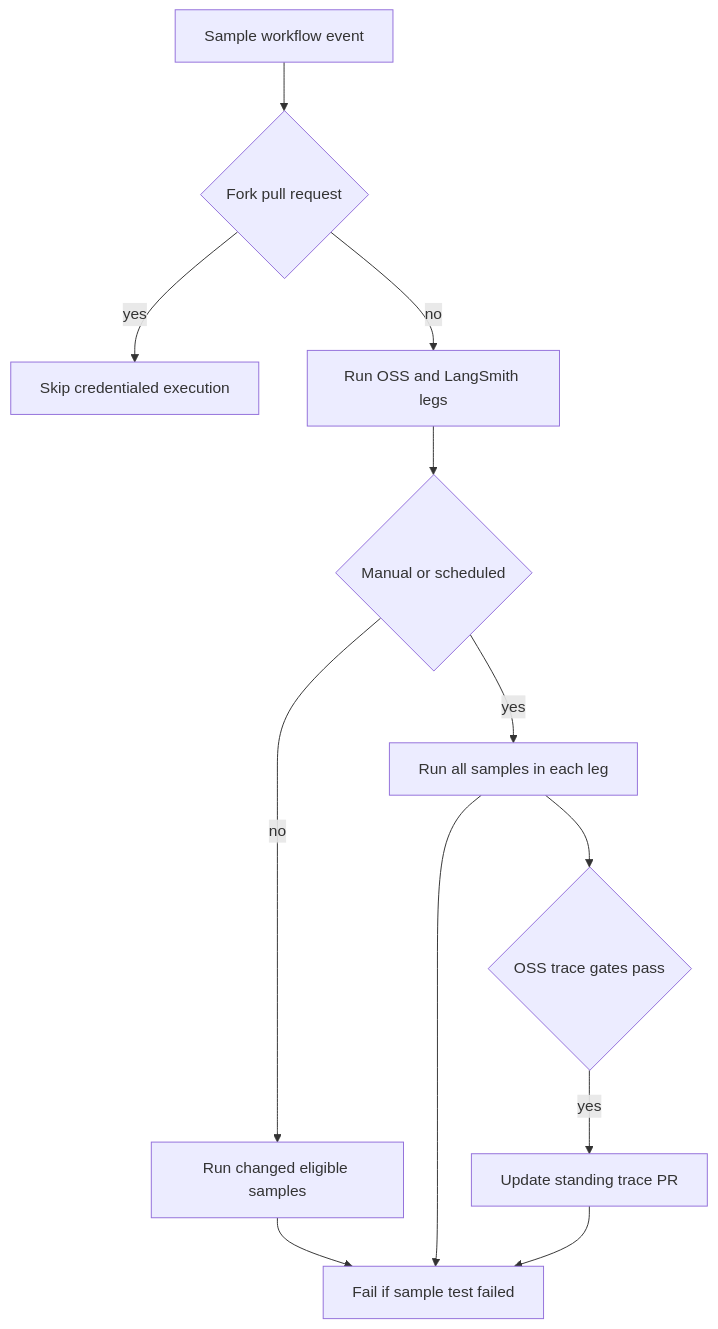
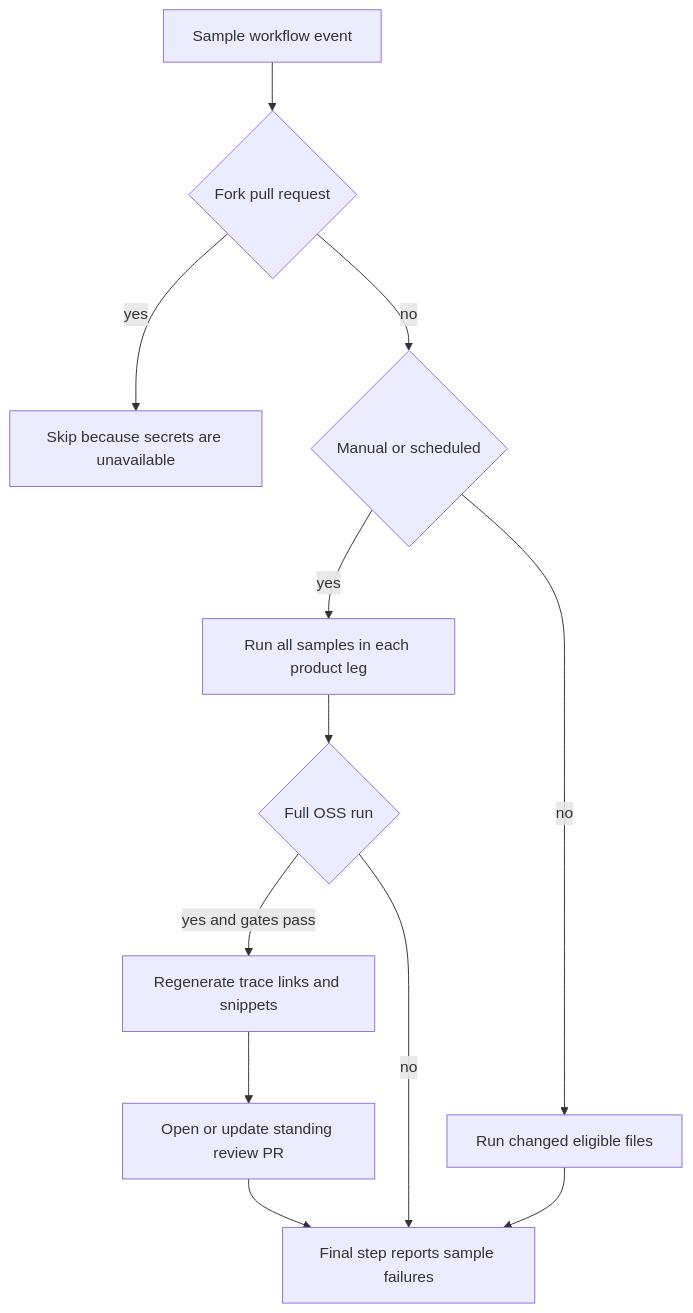
The second of 3 diagrams in openwiki/integrations/github-actions.md (langchain-ai/docs), drawn with Mermaid before and after one commit. The commit also changed other lines of this file and 42 other files, not shown here.

````diff
--- a/openwiki/integrations/github-actions.md
+++ b/openwiki/integrations/github-actions.md
@@ -123,14 +88,14 @@
 ```mermaid
 flowchart TD
   Event["Sample workflow event"] --> Fork{"Fork pull request"}
-  Fork -->|"yes"| Skip["Skip credentialed execution"]
-  Fork -->|"no"| Legs["Run OSS and LangSmith legs"]
-  Legs --> Scope{"Manual or scheduled"}
-  Scope -->|"no"| Diff["Run changed eligible samples"]
-  Scope -->|"yes"| All["Run all samples in each leg"]
-  All --> Gate{"OSS trace gates pass"}
-  Gate -->|"yes"| TracePr["Update standing trace PR"]
-  Diff --> Result["Fail if sample test failed"]
-  All --> Result
-  TracePr --> Result
+  Fork -->|"yes"| Skip["Skip because secrets are unavailable"]
+  Fork -->|"no"| Scope{"Manual or scheduled"}
+  Scope -->|"yes"| All["Run all samples in each product leg"]
+  Scope -->|"no"| Diff["Run changed eligible files"]
+  All --> OSS{"Full OSS run"}
+  OSS -->|"yes and gates pass"| Refresh["Regenerate trace links and snippets"]
+  OSS -->|"no"| Result["Final step reports sample failures"]
+  Diff --> Result
+  Refresh --> PR["Open or update standing review PR"]
+  PR --> Result
 ```
````
